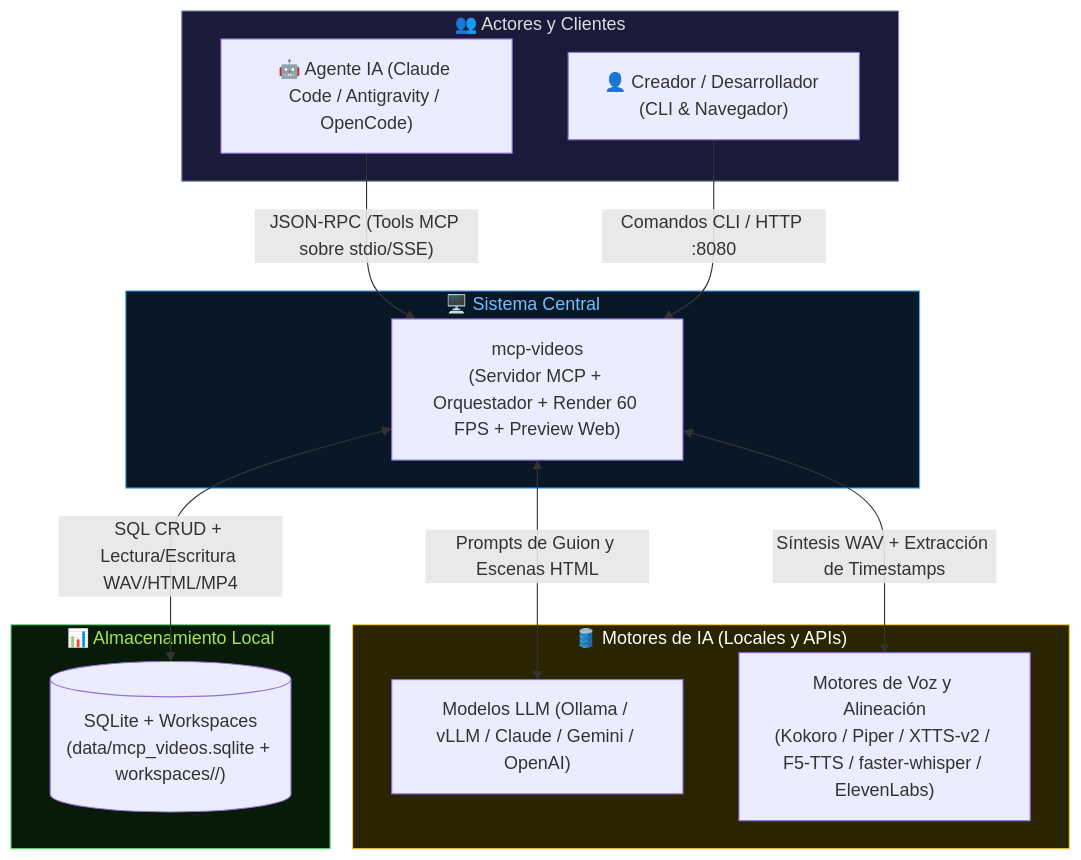
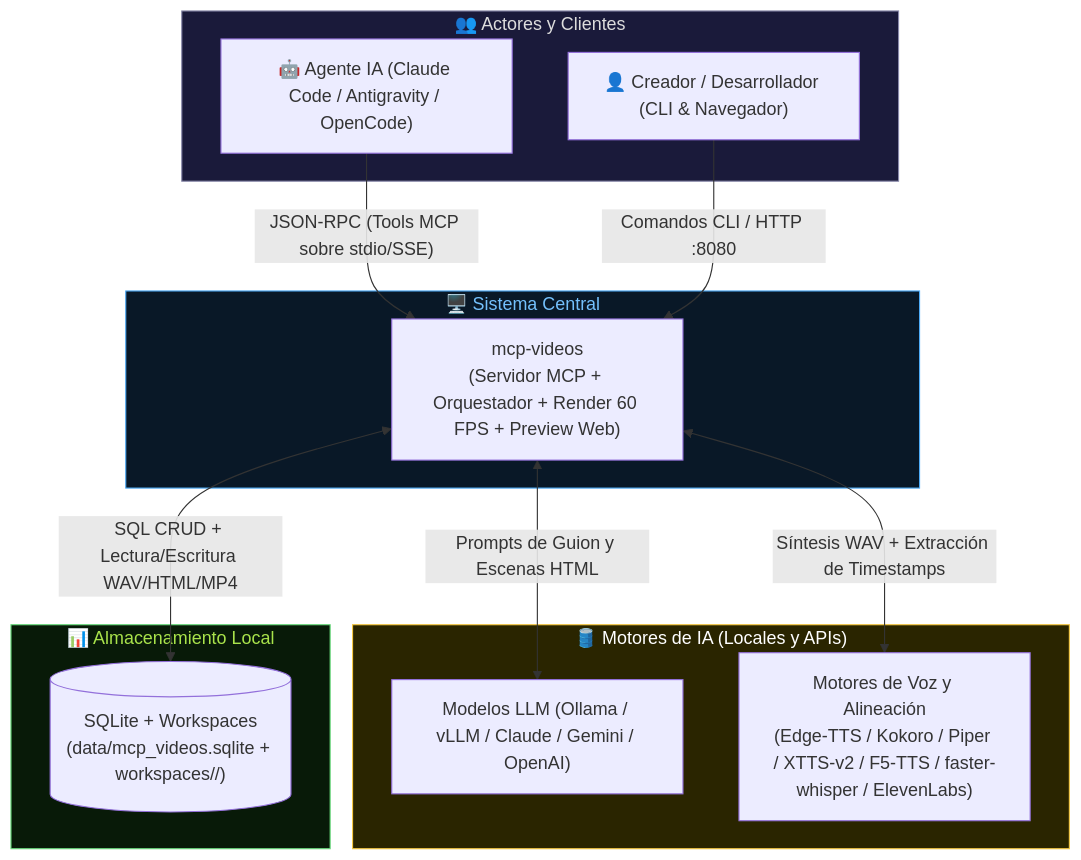
Before and after one commit to AlexPrietoRomani/mcp-videos: the first of 11 diagrams in docs/architecture/architecture.md, drawn with Mermaid. The commit also changed other lines of this file and 19 other files, not shown here.

Commit message:
fix(mcp,audio,preview): corrige soporte edge_tts en SQLite, parámetros MCP topic/fps, subtítulos ASS y carrera multi-escena en preview

````diff
--- a/docs/architecture/architecture.md
+++ b/docs/architecture/architecture.md
@@ -11,31 +11,31 @@
 ```mermaid
 flowchart TB
     subgraph Actores["👥 Actores y Clientes"]
         AGENT["🤖 Agente IA (Claude Code / Antigravity / OpenCode)"]
         CREATOR["👤 Creador / Desarrollador (CLI & Navegador)"]
     end
 
     subgraph Sistema["🖥️ Sistema Central"]
         CORE["mcp-videos\n(Servidor MCP + Orquestador + Render 60 FPS + Preview Web)"]
     end
 
     subgraph Externas["🛢️ Motores de IA (Locales y APIs)"]
         LLM_EXT["Modelos LLM (Ollama / vLLM / Claude / Gemini / OpenAI)"]
-        TTS_EXT["Motores de Voz y Alineación\n(Kokoro / Piper / XTTS-v2 / F5-TTS / faster-whisper / ElevenLabs)"]
+        TTS_EXT["Motores de Voz y Alineación\n(Edge-TTS / Kokoro / Piper / XTTS-v2 / F5-TTS / faster-whisper / ElevenLabs)"]
     end
 
     subgraph Consumo["📊 Almacenamiento Local"]
         STORAGE[("SQLite + Workspaces\n(data/mcp_videos.sqlite + workspaces/<slug>/)")]
     end
 
     AGENT -->|"JSON-RPC (Tools MCP sobre stdio/SSE)"| CORE
     CREATOR -->|"Comandos CLI / HTTP :8080"| CORE
     CORE <-->|"Prompts de Guion y Escenas HTML"| LLM_EXT
     CORE <-->|"Síntesis WAV + Extracción de Timestamps"| TTS_EXT
     CORE <-->|"SQL CRUD + Lectura/Escritura WAV/HTML/MP4"| STORAGE
 
     style Externas fill:#2a2500,stroke:#f5c842,color:#fff
     style Consumo fill:#081a08,stroke:#69db7c,color:#a9e34b
     style Sistema fill:#091827,stroke:#4dabf7,color:#74c0fc
     style Actores fill:#1a1a3a,stroke:#8888aa,color:#dddddd
 ```
````
